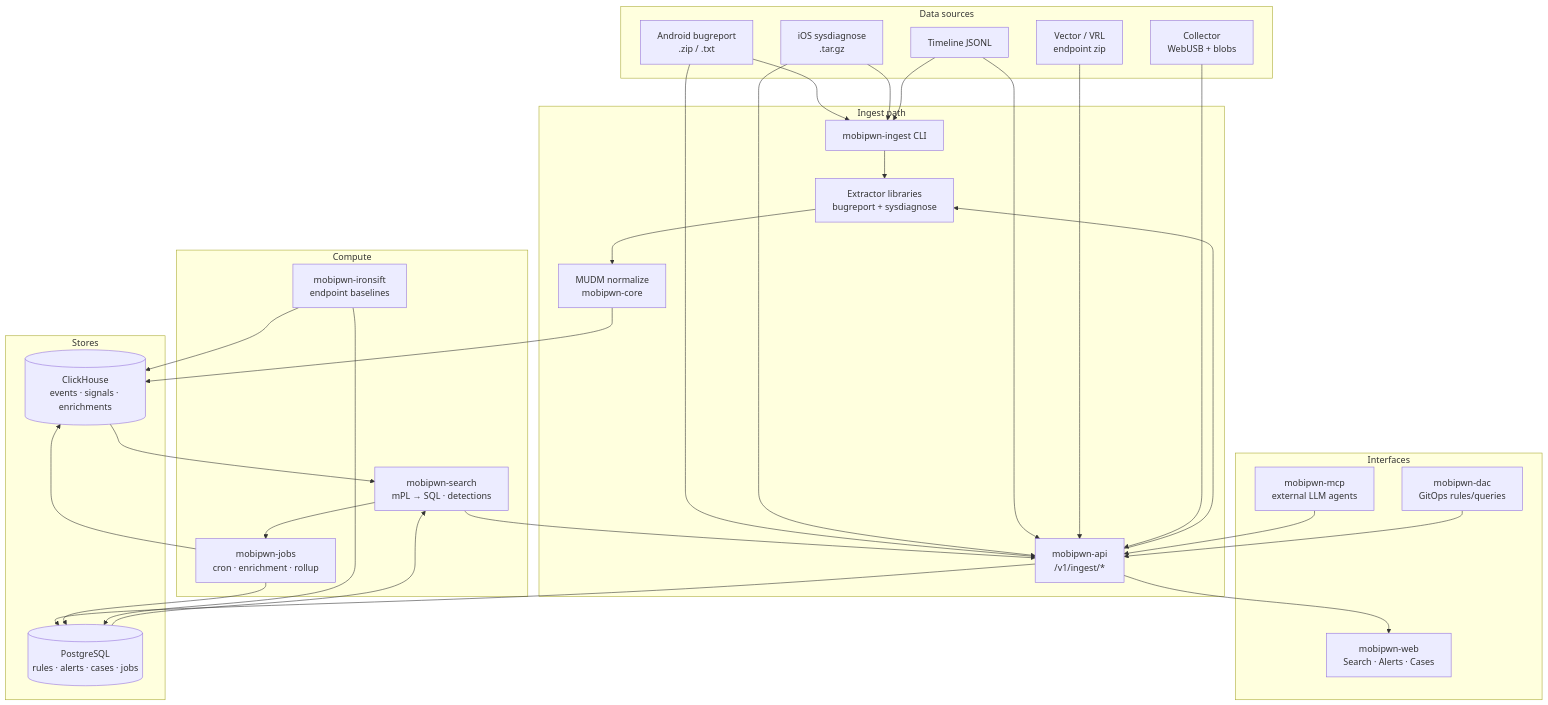
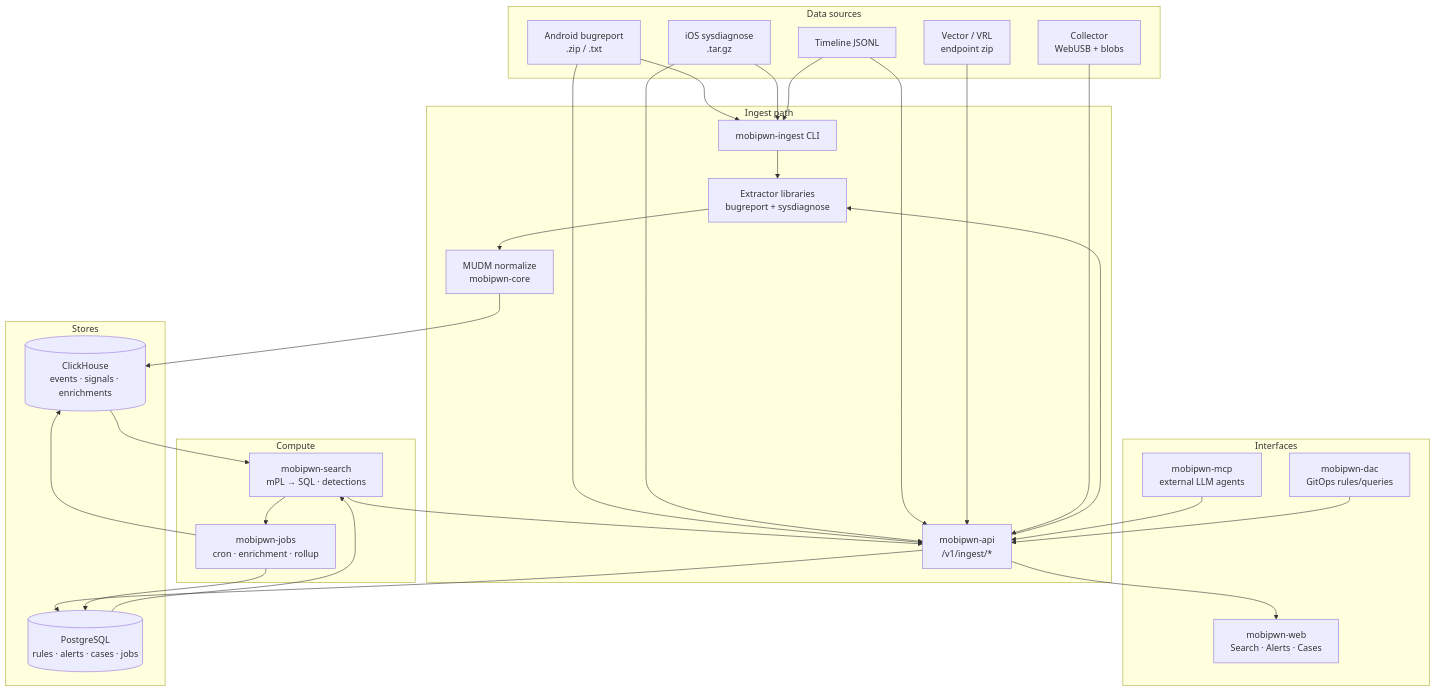
Before and after one commit to IsMyPhonePwned/mobipwn: the first of 2 diagrams in README.md, drawn with Mermaid. The commit also changed other lines of this file and 9 other files, not shown here.

````diff
--- a/README.md
+++ b/README.md
@@ -40,58 +40,56 @@
 ```mermaid
 flowchart TB
   subgraph sources["Data sources"]
     BR["Android bugreport<br/>.zip / .txt"]
     SD["iOS sysdiagnose<br/>.tar.gz"]
     JL["Timeline JSONL"]
     VEC["Vector / VRL<br/>endpoint zip"]
     COL["Collector<br/>WebUSB + blobs"]
   end
 
   subgraph ingest["Ingest path"]
     CLI["mobipwn-ingest CLI"]
     API["mobipwn-api<br/>/v1/ingest/*"]
     EXT["Extractor libraries<br/>bugreport + sysdiagnose"]
     MUDM["MUDM normalize<br/>mobipwn-core"]
   end
 
   subgraph stores["Stores"]
     CH[("ClickHouse<br/>events · signals · enrichments")]
     PG[("PostgreSQL<br/>rules · alerts · cases · jobs")]
   end
 
   subgraph compute["Compute"]
     SEARCH["mobipwn-search<br/>mPL → SQL · detections"]
     JOBS["mobipwn-jobs<br/>cron · enrichment · rollup"]
-    IRON["mobipwn-ironsift<br/>endpoint baselines"]
   end
 
   subgraph ui["Interfaces"]
     WEB["mobipwn-web<br/>Search · Alerts · Cases"]
     MCP["mobipwn-mcp<br/>external LLM agents"]
     DAC["mobipwn-dac<br/>GitOps rules/queries"]
   end
 
   BR --> CLI & API
   SD --> CLI & API
   JL --> CLI & API
   VEC --> API
   COL --> API
 
   CLI --> EXT
   API --> EXT
   EXT --> MUDM
   MUDM --> CH
 
   API --> PG
   CH --> SEARCH
   PG --> SEARCH
   SEARCH --> JOBS
   JOBS --> PG
   JOBS --> CH
-  IRON --> PG & CH
 
   API --> WEB
   SEARCH --> API
   MCP --> API
   DAC --> API
 ```
````
